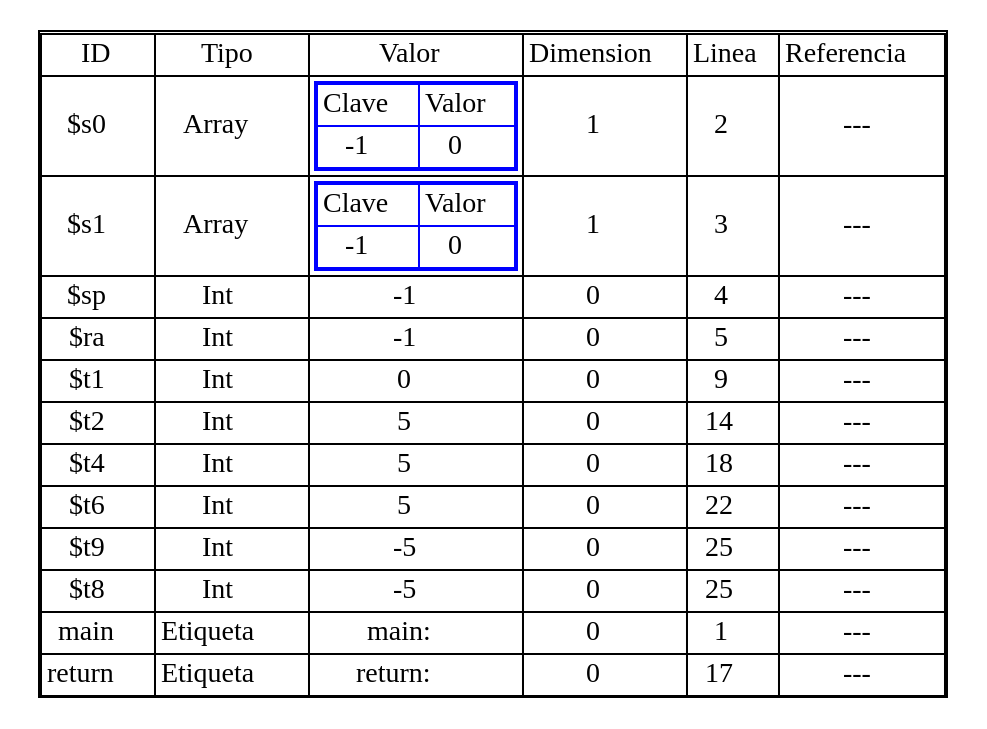
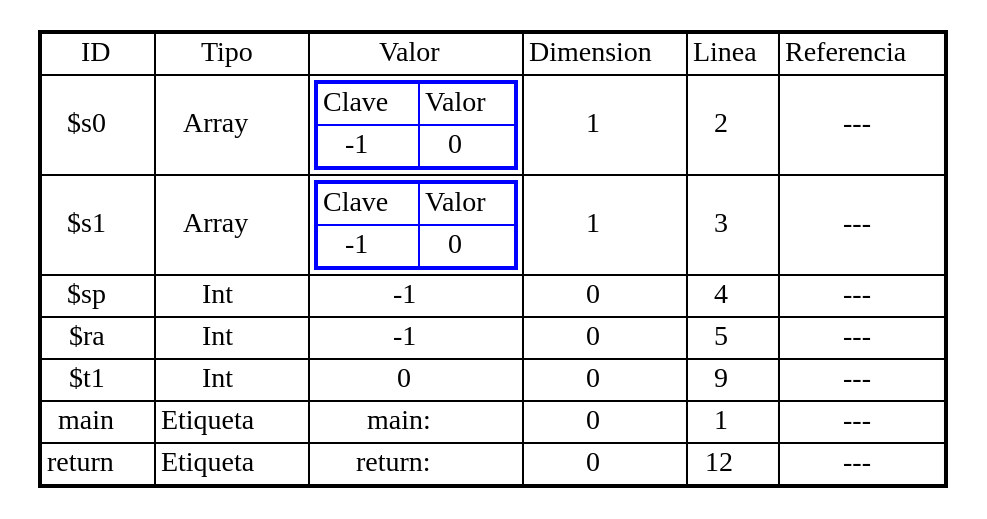
One commit to carlosE17/OLC2P2Junio2020 changed the diagram in reporteTs.dot. Above: the diagram before and after it, drawn with Graphviz. The commit also changed 42 other files, not shown here.

```diff
--- a/reporteTs.dot
+++ b/reporteTs.dot
@@ -1,14 +1,14 @@
 digraph {
 node0 [    shape=plaintext
     label=<
 
       <table cellspacing='0'>
       <tr><td>ID</td><td>Tipo</td><td>Valor</td><td>Dimension</td><td>Linea</td><td>Referencia</td></tr>
 <tr> <td> $s0</td><td> Array </td><td> 
 <table color='blue' cellspacing='0'>
 <tr><td>Clave </td><td>Valor </td></tr>
 <tr><td>-1  </td><td>0  </td></tr></table> </td><td> 1 </td><td> 2 </td><td> ---</td> </tr><tr> <td> $s1</td><td> Array </td><td> 
 <table color='blue' cellspacing='0'>
 <tr><td>Clave </td><td>Valor </td></tr>
-<tr><td>-1  </td><td>0  </td></tr></table> </td><td> 1 </td><td> 3 </td><td> ---</td> </tr><tr> <td> $sp</td><td> Int </td><td> -1 </td><td> 0 </td><td> 4 </td><td> ---</td> </tr><tr> <td> $ra</td><td> Int </td><td> -1 </td><td> 0 </td><td> 5 </td><td> ---</td> </tr><tr> <td> $t1</td><td> Int </td><td> 0 </td><td> 0 </td><td> 9 </td><td> ---</td> </tr><tr> <td> $t2</td><td> Int </td><td> 5 </td><td> 0 </td><td> 14 </td><td> ---</td> </tr><tr> <td> $t4</td><td> Int </td><td> 5 </td><td> 0 </td><td> 18 </td><td> ---</td> </tr><tr> <td> $t6</td><td> Int </td><td> 5 </td><td> 0 </td><td> 22 </td><td> ---</td> </tr><tr> <td> $t9</td><td> Int </td><td> -5 </td><td> 0 </td><td> 25 </td><td> ---</td> </tr><tr> <td> $t8</td><td> Int </td><td> -5 </td><td> 0 </td><td> 25 </td><td> ---</td> </tr><tr> <td> main</td><td> Etiqueta </td><td> main: </td><td> 0 </td><td> 1 </td><td> ---</td> </tr><tr> <td> return</td><td> Etiqueta </td><td> return: </td><td> 0 </td><td> 17 </td><td> ---</td> </tr>    </table>
+<tr><td>-1  </td><td>0  </td></tr></table> </td><td> 1 </td><td> 3 </td><td> ---</td> </tr><tr> <td> $sp</td><td> Int </td><td> -1 </td><td> 0 </td><td> 4 </td><td> ---</td> </tr><tr> <td> $ra</td><td> Int </td><td> -1 </td><td> 0 </td><td> 5 </td><td> ---</td> </tr><tr> <td> $t1</td><td> Int </td><td> 0 </td><td> 0 </td><td> 9 </td><td> ---</td> </tr><tr> <td> main</td><td> Etiqueta </td><td> main: </td><td> 0 </td><td> 1 </td><td> ---</td> </tr><tr> <td> return</td><td> Etiqueta </td><td> return: </td><td> 0 </td><td> 12 </td><td> ---</td> </tr>    </table>
 >];}
```
